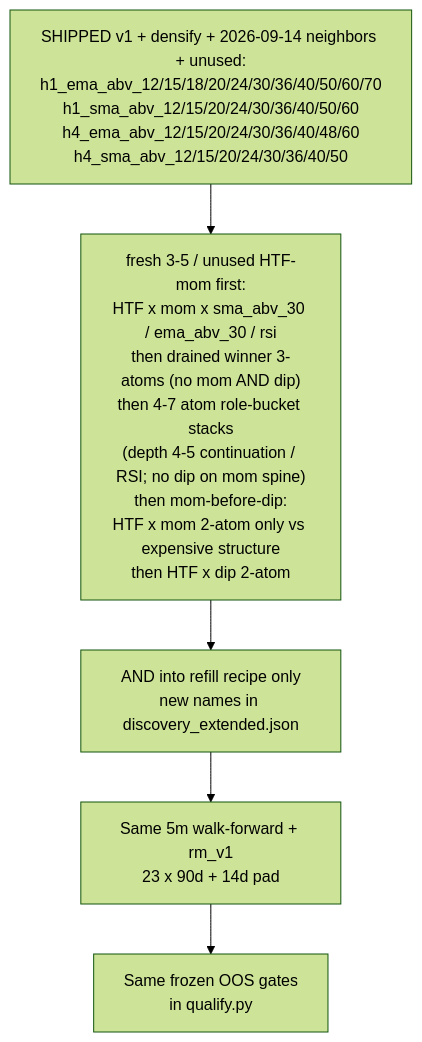
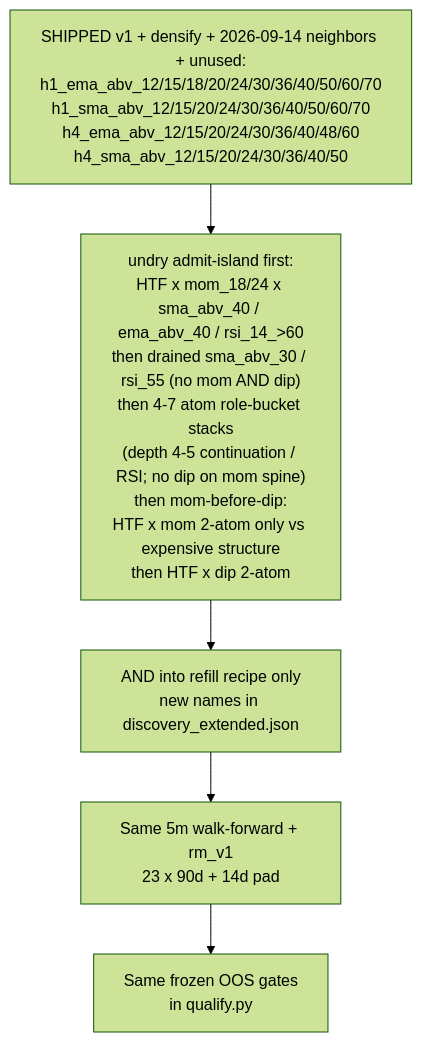
Before and after one commit to Runemark7/paper-trading-bot: the third of 3 diagrams in docs/WORKFLOW.md, drawn with Mermaid (forest theme). The commit also changed other lines of this file and 7 other files, not shown here.

First line of the commit message:
feat(discovery): undry admit-island densify

````diff
--- a/docs/WORKFLOW.md
+++ b/docs/WORKFLOW.md
@@ -184,10 +186,10 @@
 ```mermaid
 flowchart TB
-  shipped["SHIPPED v1 + densify + 2026-09-14 neighbors + unused:\nh1_ema_abv_12/15/18/20/24/30/36/40/50/60/70\nh1_sma_abv_12/15/20/24/30/36/40/50/60\nh4_ema_abv_12/15/20/24/30/36/40/48/60\nh4_sma_abv_12/15/20/24/30/36/40/50"]
-  order["fresh 3-5 / unused HTF-mom first:\nHTF x mom x sma_abv_30 / ema_abv_30 / rsi\nthen drained winner 3-atoms (no mom AND dip)\nthen 4-7 atom role-bucket stacks\n(depth 4-5 continuation / RSI; no dip on mom spine)\nthen mom-before-dip:\nHTF x mom 2-atom only vs expensive structure\nthen HTF x dip 2-atom"]
+  shipped["SHIPPED v1 + densify + 2026-09-14 neighbors + unused:\nh1_ema_abv_12/15/18/20/24/30/36/40/50/60/70\nh1_sma_abv_12/15/20/24/30/36/40/50/60/70\nh4_ema_abv_12/15/20/24/30/36/40/48/60\nh4_sma_abv_12/15/20/24/30/36/40/50"]
+  order["undry admit-island first:\nHTF x mom_18/24 x sma_abv_40 / ema_abv_40 / rsi_14_>60\nthen drained sma_abv_30 / rsi_55 (no mom AND dip)\nthen 4-7 atom role-bucket stacks\n(depth 4-5 continuation / RSI; no dip on mom spine)\nthen mom-before-dip:\nHTF x mom 2-atom only vs expensive structure\nthen HTF x dip 2-atom"]
   mintOnly["AND into refill recipe only\nnew names in discovery_extended.json"]
   sameEval["Same 5m walk-forward + rm_v1\n23 x 90d + 14d pad"]
   sameGate["Same frozen OOS gates\nin qualify.py"]
 
   shipped --> order --> mintOnly --> sameEval --> sameGate
 ```
````
